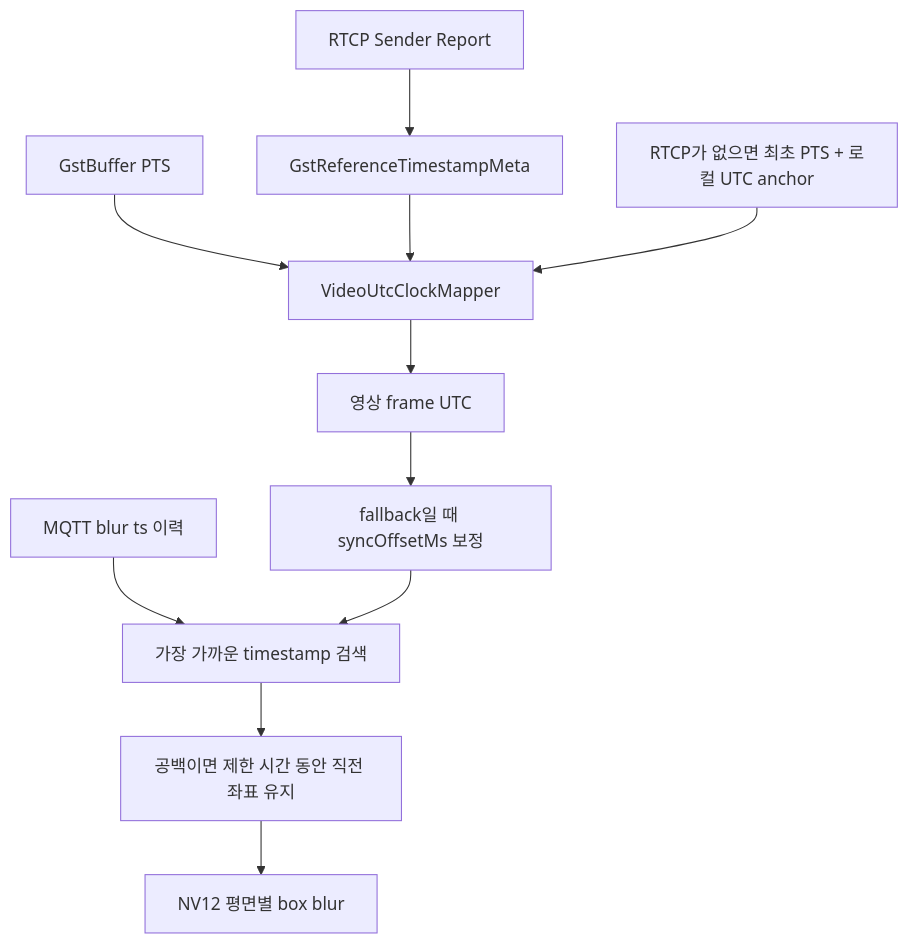
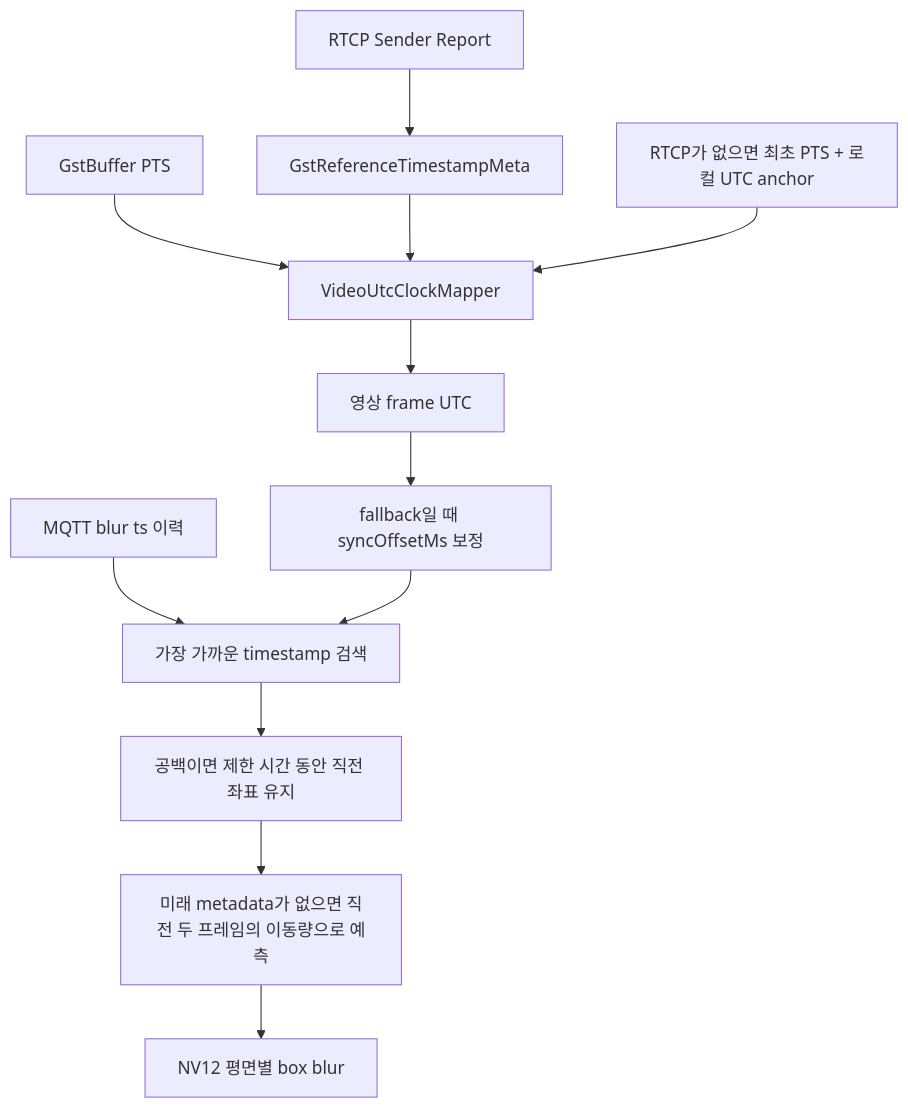
Before and after one commit to VEDA-TEAM3/Main_Project: the second of 2 diagrams in client/VIDEO_SETTINGS.md, drawn with Mermaid. The commit also changed other lines of this file and 7 other files, not shown here.

````diff
--- a/client/VIDEO_SETTINGS.md
+++ b/client/VIDEO_SETTINGS.md
@@ -281,11 +281,11 @@
 ```mermaid
 flowchart TD
     Rtcp["RTCP Sender Report"] --> Ref["GstReferenceTimestampMeta"]
     Pts["GstBuffer PTS"] --> Mapper["VideoUtcClockMapper"]
     Ref --> Mapper
     Anchor["RTCP가 없으면 최초 PTS + 로컬 UTC anchor"] --> Mapper
     Mapper --> VideoUtc["영상 frame UTC"]
     Mqtt["MQTT blur ts 이력"] --> Match["가장 가까운 timestamp 검색"]
     VideoUtc --> Offset["fallback일 때 syncOffsetMs 보정"] --> Match
-    Match --> Hold["공백이면 제한 시간 동안 직전 좌표 유지"] --> Blur["NV12 평면별 box blur"]
+    Match --> Hold["공백이면 제한 시간 동안 직전 좌표 유지"] --> Predict["미래 metadata가 없으면 직전 두 프레임의 이동량으로 예측"] --> Blur["NV12 평면별 box blur"]
 ```
````
